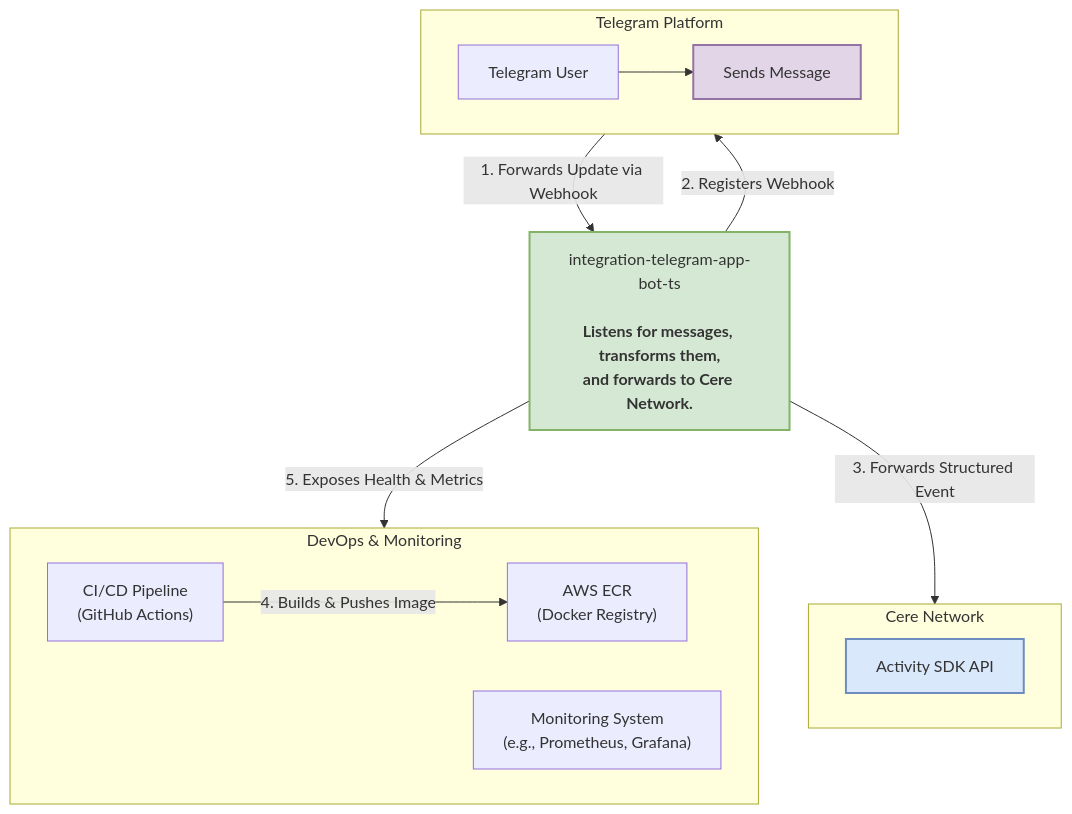
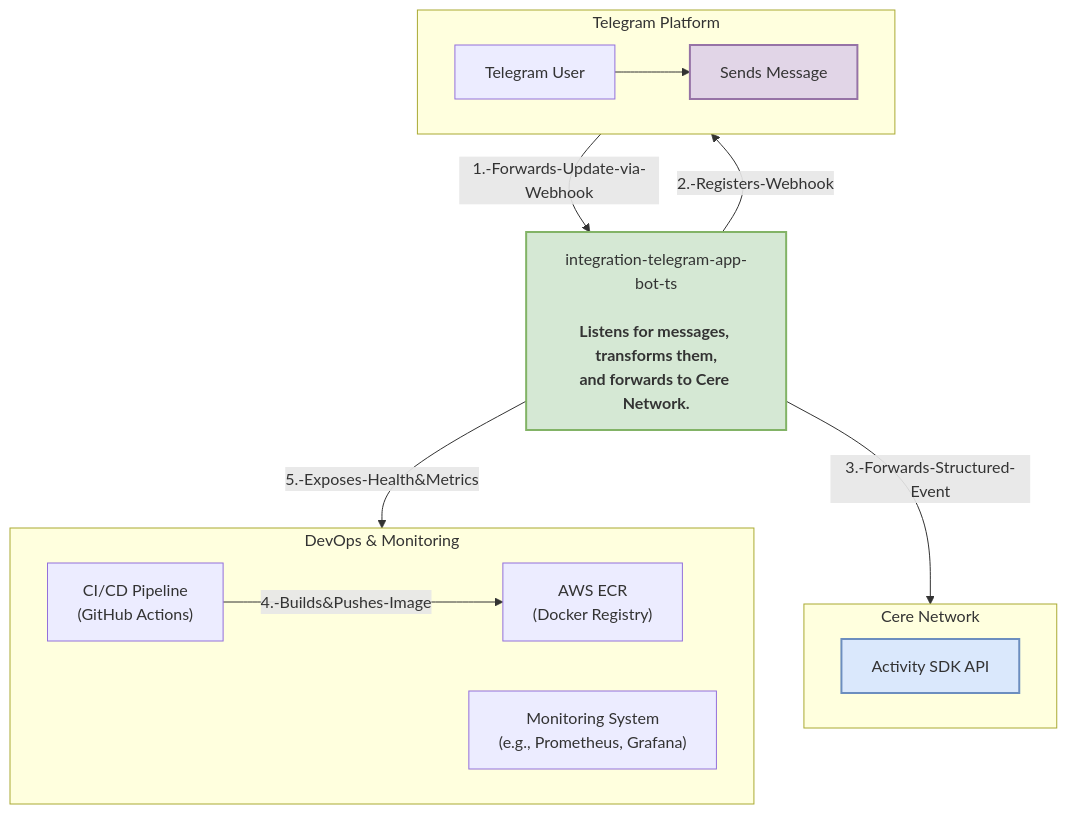
Before and after one commit to cere-io/integration-telegram-app-bot: the diagram in docs/architecture/1_high_level_overview.md, drawn with Mermaid.

````diff
--- a/docs/architecture/1_high_level_overview.md
+++ b/docs/architecture/1_high_level_overview.md
@@ -7,33 +7,33 @@
 ```mermaid
 graph TD
     subgraph "Telegram Platform"
         direction LR
         TG_API[Telegram API]
         TG_USER[Telegram User]
     end
 
     subgraph "Cere Network"
         direction LR
         CERE_SDK[Activity SDK API]
     end
 
     subgraph "DevOps & Monitoring"
         direction LR
         CI_CD["CI/CD Pipeline<br>(GitHub Actions)"]
         ECR["AWS ECR<br>(Docker Registry)"]
         MONITORING["Monitoring System<br>(e.g., Prometheus, Grafana)"]
     end
 
     BOT["integration-telegram-app-bot-ts<br><br><b>Listens for messages, transforms them,<br>and forwards to Cere Network.</b>"]
 
     TG_USER --> TG_API["Sends Message"]
-    TG_API -- "1. Forwards Update via Webhook" --> BOT
-    BOT -- "2. Registers Webhook" --> TG_API
-    BOT -- "3. Forwards Structured Event" --> CERE_SDK
-    BOT -- "5. Exposes Health & Metrics" --> MONITORING
-    CI_CD -- "4. Builds & Pushes Image" --> ECR
+    TG_API -- "1.-Forwards-Update-via-Webhook" --> BOT
+    BOT -- "2.-Registers-Webhook" --> TG_API
+    BOT -- "3.-Forwards-Structured-Event" --> CERE_SDK
+    BOT -- "5.-Exposes-Health&Metrics" --> MONITORING
+    CI_CD -- "4.-Builds&Pushes-Image" --> ECR
 
     style BOT fill:#D5E8D4,stroke:#82B366,stroke-width:2px
     style CERE_SDK fill:#DAE8FC,stroke:#6C8EBF,stroke-width:2px
     style TG_API fill:#E1D5E7,stroke:#9673A6,stroke-width:2px
 ```
````
